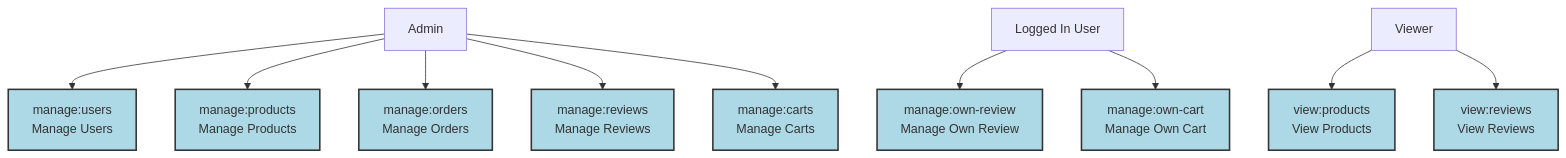
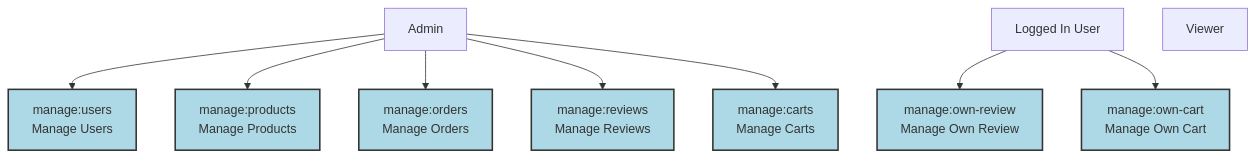
The diagram in docs/diagrams/user-roles-and-permissions-mapping.mmd (MGTheTrain/e-commerce-service), drawn with Mermaid before and after one commit. The commit also changed 1 other file, not shown here.

Commit message:
modify section and diagram on user roles and permissions

```diff
--- a/docs/diagrams/user-roles-and-permissions-mapping.mmd
+++ b/docs/diagrams/user-roles-and-permissions-mapping.mmd
@@ -1,28 +1,25 @@
 graph TD;
 
 Admin["Admin"]
 LoggedInUser["Logged In User"]
 Viewer["Viewer"]
 
 permission1["manage:users\nManage Users"]
 permission2["manage:products\nManage Products"]
 permission3["manage:orders\nManage Orders"]
 permission4["manage:reviews\nManage Reviews"]
 permission5["manage:carts\nManage Carts"]
 permission6["manage:own-review\nManage Own Review"]
 permission7["manage:own-cart\nManage Own Cart"]
 
 Admin --> permission1
 Admin --> permission2
 Admin --> permission3
 Admin --> permission4
 Admin --> permission5
 
 LoggedInUser --> permission6
 LoggedInUser --> permission7
 
-Viewer --> permission8["view:products\nView Products"]
-Viewer --> permission9["view:reviews\nView Reviews"]
-
 classDef permission fill:#ADD8E6,stroke:#333,stroke-width:2px;
 class permission1,permission2,permission3,permission4,permission5,permission6,permission7,permission8,permission9 permission;
```
